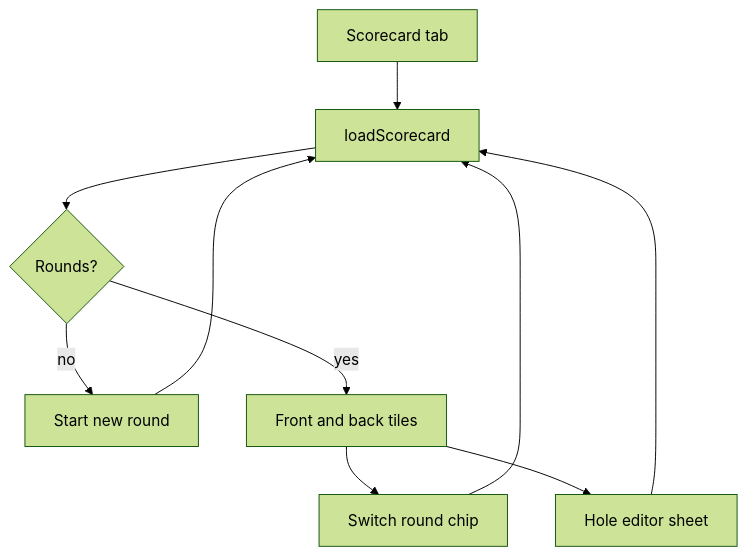
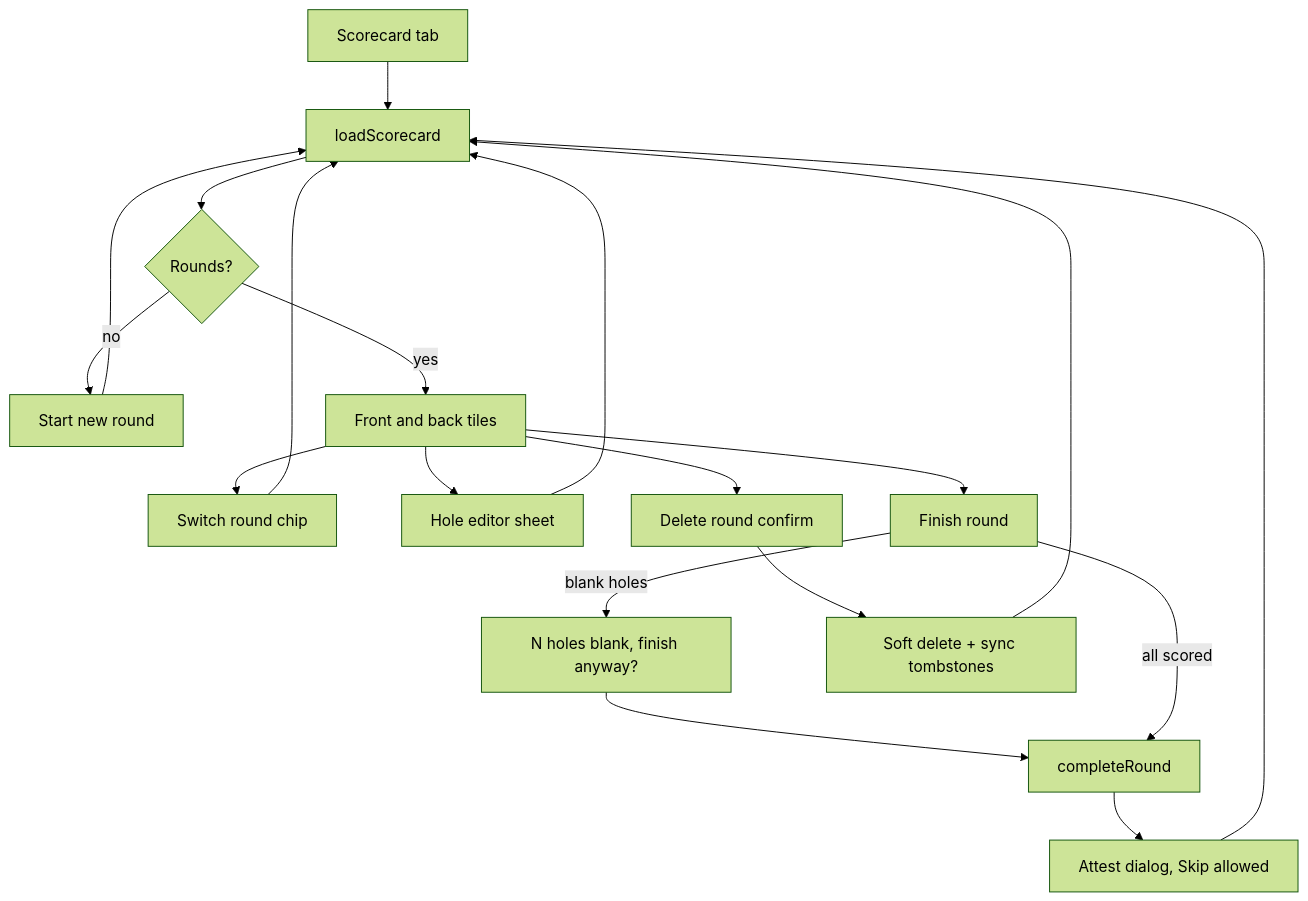
The diagram in docs/context/designs/Wireframe_Scorecard.md (ograva/My-Golf-Diary), drawn with Mermaid (forest theme) before and after one commit. The commit also changed other lines of this file and 19 other files, not shown here.

First line of the commit message:
feat(scorecard): finish, delete, and lock finished rounds

````diff
--- a/docs/context/designs/Wireframe_Scorecard.md
+++ b/docs/context/designs/Wireframe_Scorecard.md
@@ -102,12 +119,21 @@
 ```mermaid
 flowchart TD
   tab[Scorecard tab] --> load[loadScorecard]
   load --> empty{Rounds?}
   empty -->|no| start[Start new round]
   empty -->|yes| grid[Front and back tiles]
   grid --> pick[Switch round chip]
   pick --> load
   grid --> edit[Hole editor sheet]
   edit --> load
   start --> load
+  grid --> finish[Finish round]
+  finish -->|blank holes| confirm[N holes blank, finish anyway?]
+  confirm --> done[completeRound]
+  finish -->|all scored| done
+  done --> attest[Attest dialog, Skip allowed]
+  attest --> load
+  grid --> del[Delete round confirm]
+  del --> tomb[Soft delete + sync tombstones]
+  tomb --> load
 ```
````
